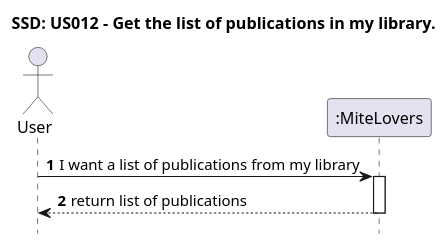
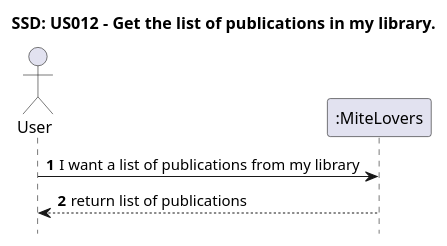
Before and after one commit to AndrePereiraGitH/SWitCH-Project-Team_A: the diagram in Diagrams/SequenceDiagrams/N1/SSD-US012-Get-List-Publications.puml, drawn with PlantUML. The commit also changed 4 other files, not shown here.

Commit message:
Working on #106 #104, made some minor alterations to the diagrams

```diff
--- a/Diagrams/SequenceDiagrams/N1/SSD-US012-Get-List-Publications.puml
+++ b/Diagrams/SequenceDiagrams/N1/SSD-US012-Get-List-Publications.puml
@@ -1,19 +1,19 @@
 @startuml
 
 autonumber
 hide footbox
 title SSD: US012 - Get the list of publications in my library.
 
 actor "User" as User
 participant ":MiteLovers" as System
 
 
 
     User -> System : I want a list of publications from my library
-    activate System
+
 
     System --> User : return list of publications
-    deactivate System
+
 
 
 @enduml
```
